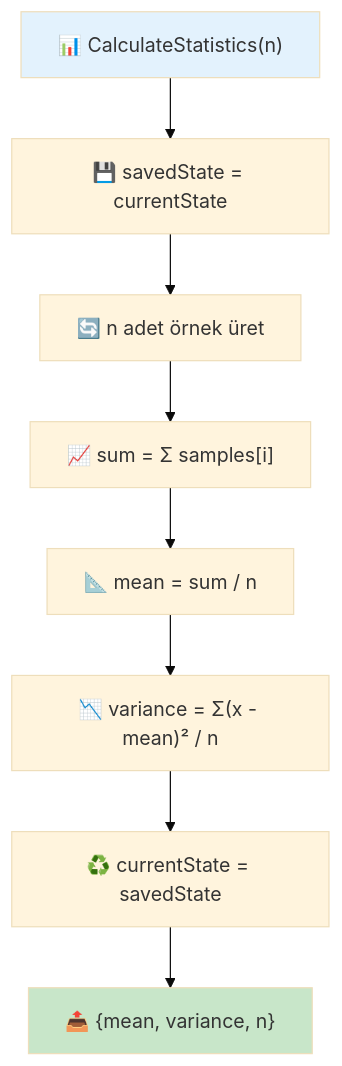
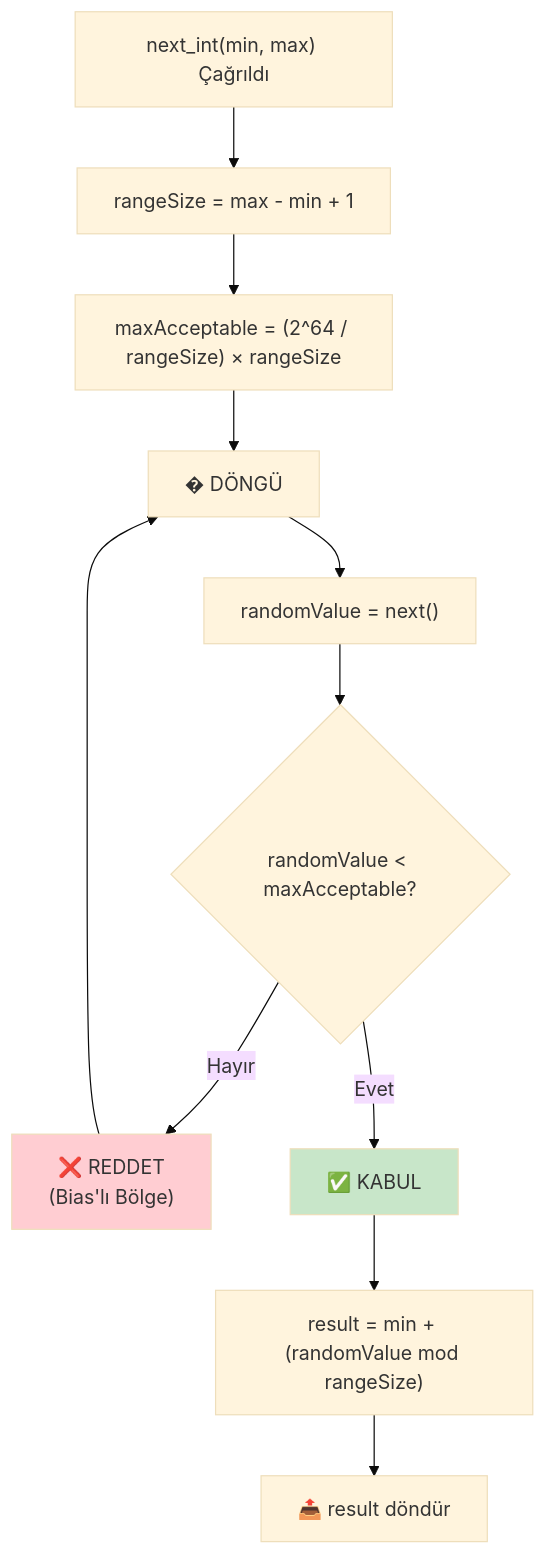
One commit to Samet230/Rastgele_Sayi_Ureteci changed the seventh of 9 diagrams in docs/FLOWCHART.md. Above: the diagram before and after it, drawn with Mermaid (base theme). The commit also changed other lines of this file and 3 other files, not shown here.

````diff
--- a/docs/FLOWCHART.md
+++ b/docs/FLOWCHART.md
@@ -196,13 +240,19 @@
 ```mermaid
 flowchart TD
-    A["📊 CalculateStatistics(n)"] --> B["💾 savedState = currentState"]
-    B --> C["🔄 n adet örnek üret"]
-    C --> D["📈 sum = Σ samples[i]"]
-    D --> E["📐 mean = sum / n"]
-    E --> F["📉 variance = Σ(x - mean)² / n"]
-    F --> G["♻️ currentState = savedState"]
-    G --> H["📤 {mean, variance, n}"]
+    A["next_int(min, max) Çağrıldı"] --> B["rangeSize = max - min + 1"]
+    B --> C["maxAcceptable = (2^64 / rangeSize) × rangeSize"]
     
-    style A fill:#e3f2fd
+    C --> D["� DÖNGÜ"]
+    D --> E["randomValue = next()"]
+    E --> F{randomValue < maxAcceptable?}
+    
+    F -->|Hayır| G["❌ REDDET<br/>(Bias'lı Bölge)"]
+    G --> D
+    
+    F -->|Evet| H["✅ KABUL"]
+    H --> I["result = min + (randomValue mod rangeSize)"]
+    I --> J["📤 result döndür"]
+    
+    style G fill:#ffcdd2
     style H fill:#c8e6c9
 ```
````
